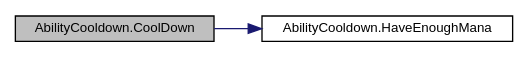
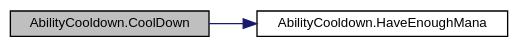
The diagram in docs/class_ability_cooldown_a4766d65414fd56b9d80cf569b1118cb4_cgraph.dot (AleixFerre/TFG-Docs), drawn with Graphviz before and after one commit. The commit also changed 448 other files, not shown here.

```diff
--- a/docs/class_ability_cooldown_a4766d65414fd56b9d80cf569b1118cb4_cgraph.dot
+++ b/docs/class_ability_cooldown_a4766d65414fd56b9d80cf569b1118cb4_cgraph.dot
@@ -1,11 +1,12 @@
 digraph "AbilityCooldown.CoolDown"
 {
  // INTERACTIVE_SVG=YES
  // LATEX_PDF_SIZE
+  bgcolor="transparent";
   edge [fontname="Helvetica",fontsize="10",labelfontname="Helvetica",labelfontsize="10"];
   node [fontname="Helvetica",fontsize="10",shape=record];
   rankdir="LR";
   Node1 [label="AbilityCooldown.CoolDown",height=0.2,width=0.4,color="black", fillcolor="grey75", style="filled", fontcolor="black",tooltip="This function is called whenever this ability is in cooldown."];
   Node1 -> Node2 [color="midnightblue",fontsize="10",style="solid",fontname="Helvetica"];
-  Node2 [label="AbilityCooldown.HaveEnoughMana",height=0.2,width=0.4,color="black", fillcolor="white", style="filled",URL="$class_ability_cooldown.html#a5ca1d60dfd6c2023676de0fe049bcb91",tooltip="Returns true if you have enough mana to cast this ability"];
+  Node2 [label="AbilityCooldown.HaveEnoughMana",height=0.2,width=0.4,color="black",URL="$class_ability_cooldown.html#a5ca1d60dfd6c2023676de0fe049bcb91",tooltip="Returns true if you have enough mana to cast this ability"];
 }
```
